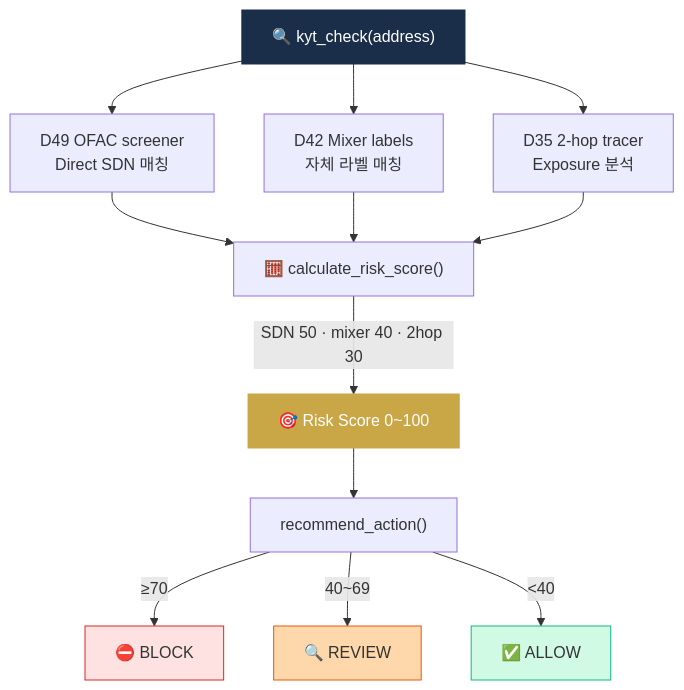
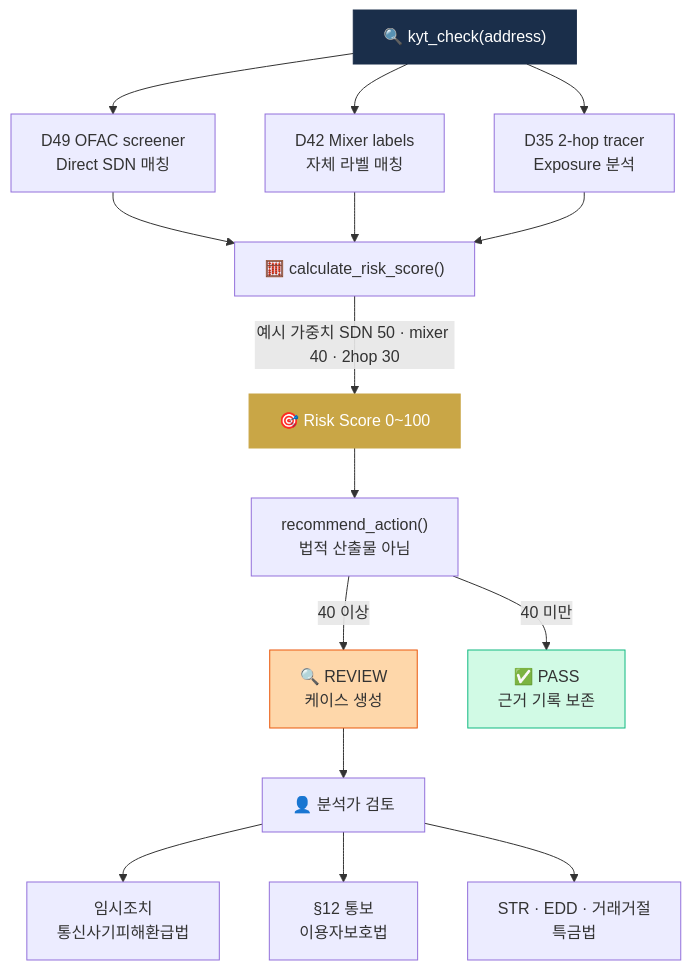
The first of 2 diagrams in projects/05-kyt-wrapper/README.md (lala-david/aml-notes), drawn with Mermaid before and after one commit. The commit also changed other lines of this file and 233 other files, not shown here.

````diff
--- a/projects/05-kyt-wrapper/README.md
+++ b/projects/05-kyt-wrapper/README.md
@@ -15,17 +17,19 @@
 ```mermaid
 flowchart TB
     IN["🔍 kyt_check(address)"] --> D49["D49 OFAC screener<br/>Direct SDN 매칭"]
     IN --> D42["D42 Mixer labels<br/>자체 라벨 매칭"]
     IN --> D35["D35 2-hop tracer<br/>Exposure 분석"]
     D49 & D42 & D35 --> CALC["🧮 calculate_risk_score()"]
-    CALC -->|SDN 50 · mixer 40 · 2hop 30| SCORE["🎯 Risk Score 0~100"]
-    SCORE --> REC["recommend_action()"]
-    REC -->|≥70| BLOCK["⛔ BLOCK"]
-    REC -->|40~69| REV["🔍 REVIEW"]
-    REC -->|<40| ALLOW["✅ ALLOW"]
+    CALC -->|예시 가중치 SDN 50 · mixer 40 · 2hop 30| SCORE["🎯 Risk Score 0~100"]
+    SCORE --> REC["recommend_action()<br/>법적 산출물 아님"]
+    REC -->|"40 이상"| REV["🔍 REVIEW<br/>케이스 생성"]
+    REC -->|"40 미만"| PASS["✅ PASS<br/>근거 기록 보존"]
+    REV --> HUM["👤 분석가 검토"]
+    HUM --> O1["임시조치<br/>통신사기피해환급법"]
+    HUM --> O2["§12 통보<br/>이용자보호법"]
+    HUM --> O3["STR · EDD · 거래거절<br/>특금법"]
     style IN fill:#1a2e4a,color:#fff,stroke:#1a2e4a
     style SCORE fill:#c9a646,color:#fff,stroke:#c9a646
-    style BLOCK fill:#fee2e2,stroke:#dc2626
     style REV fill:#fed7aa,stroke:#ea580c
-    style ALLOW fill:#d1fae5,stroke:#10b981
+    style PASS fill:#d1fae5,stroke:#10b981
 ```
````
